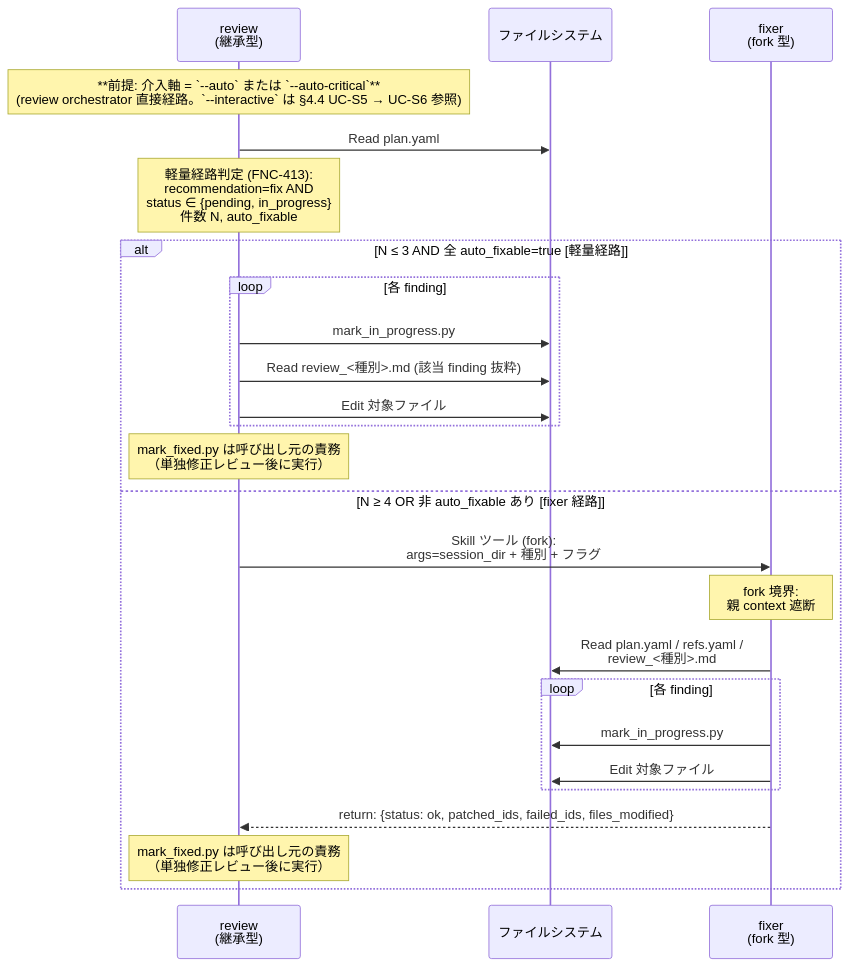
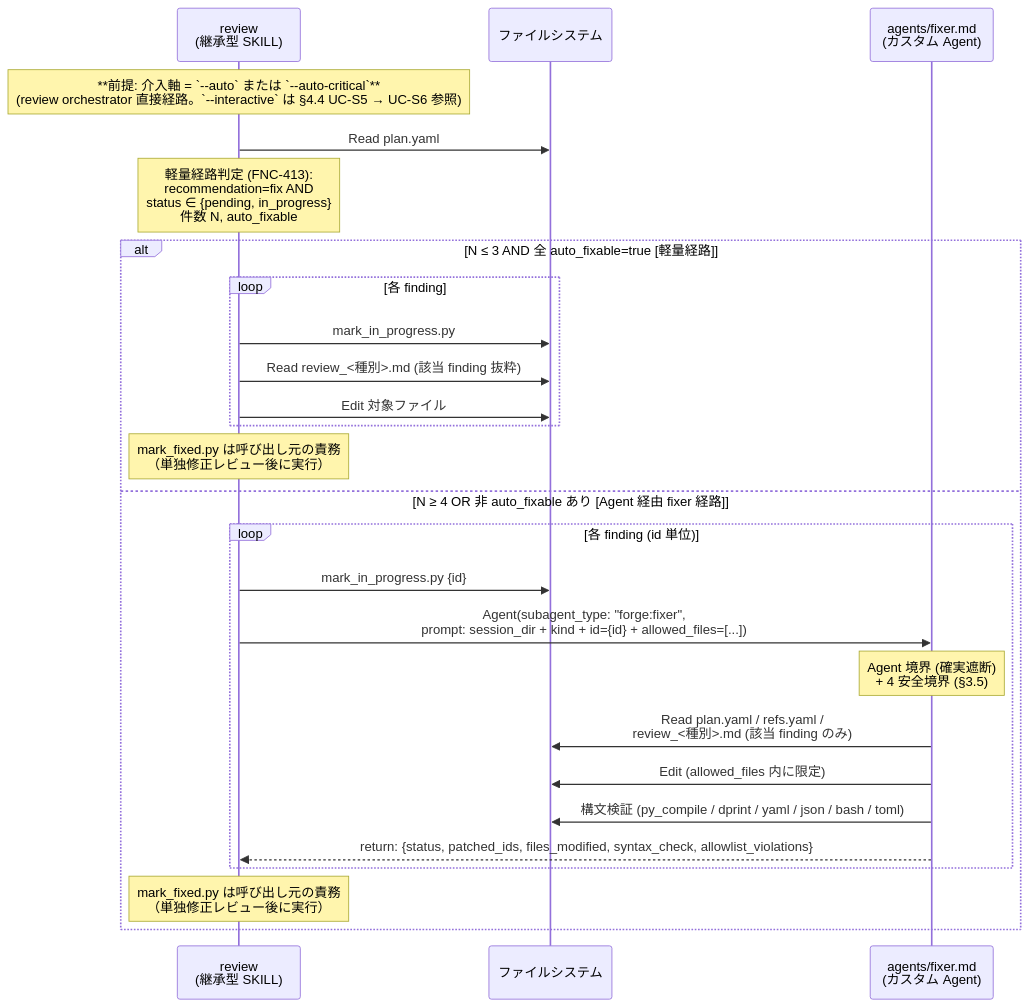
The fourth of 4 diagrams in docs/specs/forge/design/DES-029_skill_agent_launch_contract_design.md (BlueEventHorizon/bw-cc-plugins), drawn with Mermaid before and after one commit. The commit also changed other lines of this file and 19 other files, not shown here.

First line of the commit message:
chore(no-fork-skill): TASK-017 merge-specs fold (REQ-006/DES-032 を既存 spec へ統合)

````diff
--- a/docs/specs/forge/design/DES-029_skill_agent_launch_contract_design.md
+++ b/docs/specs/forge/design/DES-029_skill_agent_launch_contract_design.md
@@ -240,29 +303,30 @@
 ```mermaid
 sequenceDiagram
-    participant Review as review<br/>(継承型)
+    participant Review as review<br/>(継承型 SKILL)
     participant FS as ファイルシステム
-    participant Fixer as fixer<br/>(fork 型)
+    participant Fixer as agents/fixer.md<br/>(カスタム Agent)
 
     Note over Review: **前提: 介入軸 = `--auto` または `--auto-critical`**<br/>(review orchestrator 直接経路。`--interactive` は §4.4 UC-S5 → UC-S6 参照)
     Review->>FS: Read plan.yaml
     Note over Review: 軽量経路判定 (FNC-413):<br/>recommendation=fix AND<br/>status ∈ {pending, in_progress}<br/>件数 N, auto_fixable
 
     alt N ≤ 3 AND 全 auto_fixable=true [軽量経路]
         loop 各 finding
             Review->>FS: mark_in_progress.py
             Review->>FS: Read review_<種別>.md (該当 finding 抜粋)
             Review->>FS: Edit 対象ファイル
         end
         Note over Review: mark_fixed.py は呼び出し元の責務<br/>（単独修正レビュー後に実行）
-    else N ≥ 4 OR 非 auto_fixable あり [fixer 経路]
-        Review->>Fixer: Skill ツール (fork):<br/>args=session_dir + 種別 + フラグ
-        Note over Fixer: fork 境界:<br/>親 context 遮断
-        Fixer->>FS: Read plan.yaml / refs.yaml /<br/>review_<種別>.md
-        loop 各 finding
-            Fixer->>FS: mark_in_progress.py
-            Fixer->>FS: Edit 対象ファイル
+    else N ≥ 4 OR 非 auto_fixable あり [Agent 経由 fixer 経路]
+        loop 各 finding (id 単位)
+            Review->>FS: mark_in_progress.py {id}
+            Review->>Fixer: Agent(subagent_type: "forge:fixer",<br/>prompt: session_dir + kind + id={id} + allowed_files=[...])
+            Note over Fixer: Agent 境界 (確実遮断)<br/>+ 4 安全境界 (§3.5)
+            Fixer->>FS: Read plan.yaml / refs.yaml /<br/>review_<種別>.md (該当 finding のみ)
+            Fixer->>FS: Edit (allowed_files 内に限定)
+            Fixer->>FS: 構文検証 (py_compile / dprint / yaml / json / bash / toml)
+            Fixer-->>Review: return: {status, patched_ids, files_modified, syntax_check, allowlist_violations}
         end
-        Fixer-->>Review: return: {status: ok, patched_ids, failed_ids, files_modified}
         Note over Review: mark_fixed.py は呼び出し元の責務<br/>（単独修正レビュー後に実行）
     end
 ```
````
